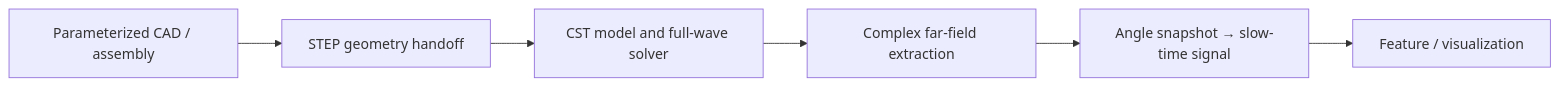
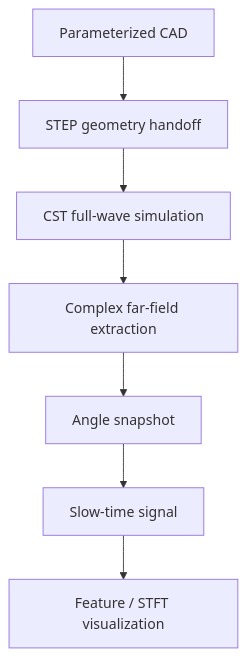
The diagram in projects/em-trace/README.md (feiranzhao15077/Research-Portfolio), drawn with Mermaid before and after one commit. The commit also changed other lines of this file, not shown here.

Commit message:
docs(profile): standardize EM-Trace project showcase

````diff
--- a/projects/em-trace/README.md
+++ b/projects/em-trace/README.md
@@ -13,10 +30,12 @@
 ```mermaid
-flowchart LR
-    accTitle: EM-Trace engineering pipeline
-    accDescr: A reproducible path from parameterized CAD to electromagnetic simulation, complex far-field extraction, slow-time processing, and feature visualization.
-    cad["Parameterized CAD / assembly"] --> step["STEP geometry handoff"]
-    step --> cst["CST model and full-wave solver"]
-    cst --> field["Complex far-field extraction"]
-    field --> chain["Angle snapshot → slow-time signal"]
-    chain --> feature["Feature / visualization"]
+flowchart TB
+    accTitle: EM-Trace Engineering Pipeline
+    accDescr: The workflow connects parameterized CAD, STEP geometry handoff, CST full-wave simulation, complex far-field extraction, angle snapshots, slow-time signal generation, and feature or STFT visualization.
+
+    cad["Parameterized CAD"] --> step["STEP geometry handoff"]
+    step --> cst["CST full-wave simulation"]
+    cst --> complex_field["Complex far-field extraction"]
+    complex_field --> angle_snapshot["Angle snapshot"]
+    angle_snapshot --> slow_time["Slow-time signal"]
+    slow_time --> feature["Feature / STFT visualization"]
 ```
````
